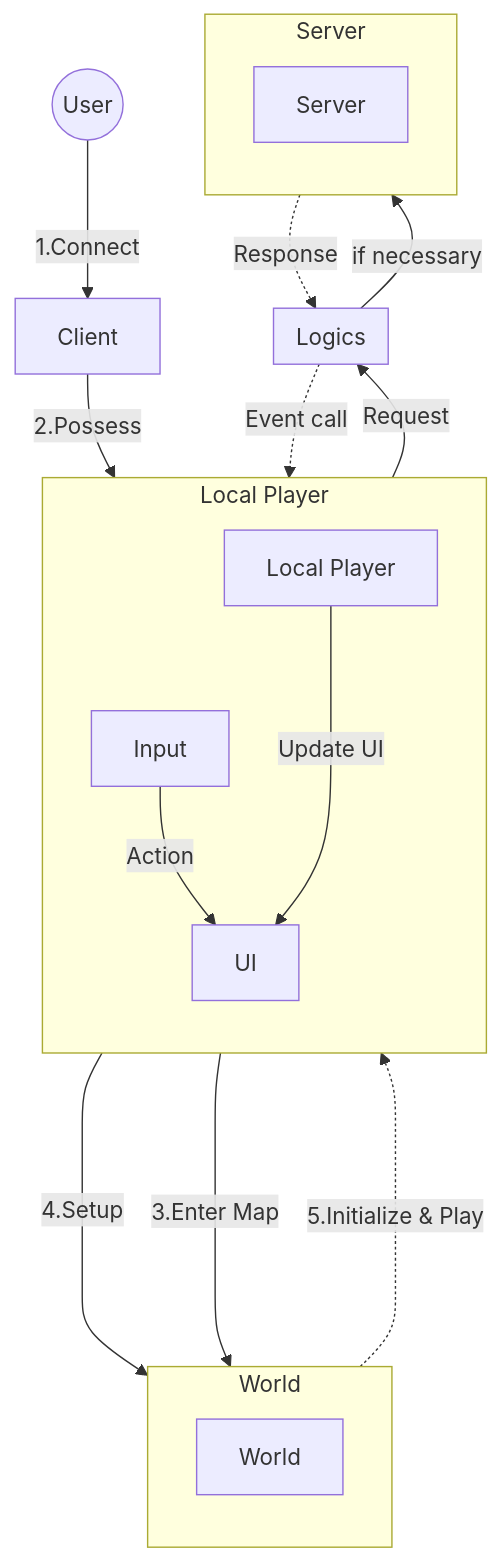
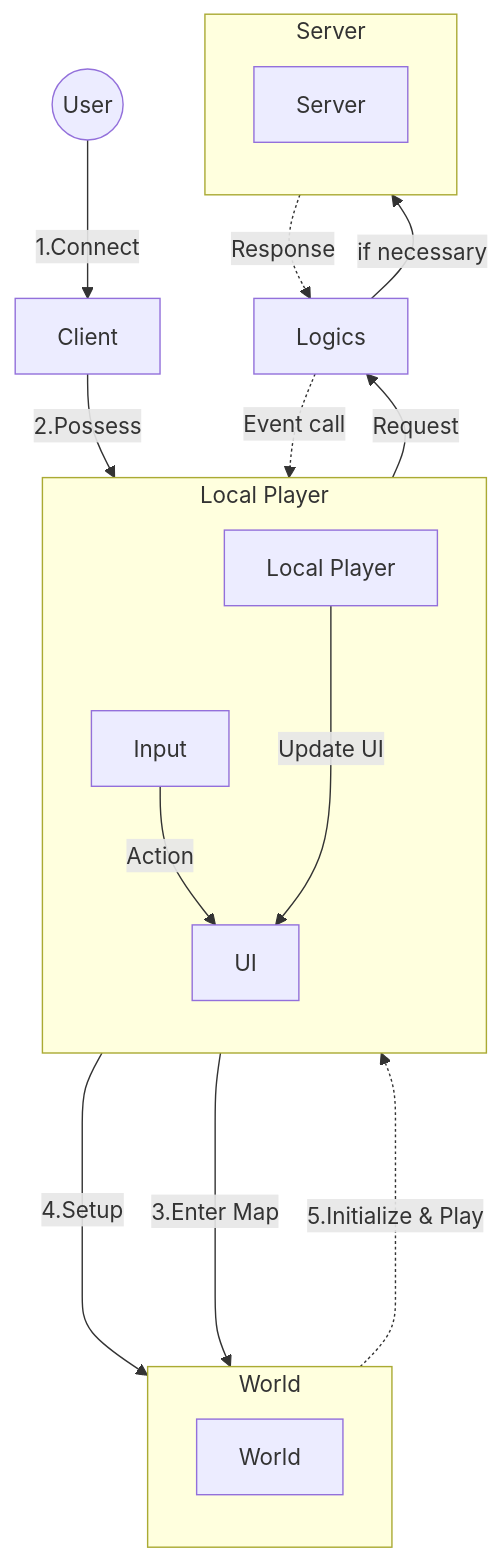
The diagram in README.md (dek0058/MScannot206), drawn with Mermaid before and after one commit.

Commit message:
readme 로직 수정

````diff
--- a/README.md
+++ b/README.md
@@ -21,40 +21,37 @@
 ```mermaid
 graph TD
     
     User((User)):::user
     Client[Client]:::client
     
     subgraph LocalPlayer_Area [Local Player]
         direction TB
         LocalPlayer[Local Player]:::localplayer
         Input[Input]:::input
         UI[UI]:::ui
     end
 
     subgraph World_Area [World]
         direction TB
         World[World]:::world
     end
 
-    subgraph Logics_Area [Logics]
-    end
-
     subgraph Server_Area [Server]
         direction TB
         Server[Server]:::server
     end
 
 
     User-->|1.Connect|Client
     Client-->|2.Possess|LocalPlayer
     LocalPlayer_Area----->|3.Enter Map|World_Area
     LocalPlayer-->|4.Setup|World
     World-.->|5.Initialize & Play|LocalPlayer_Area
     Input-->|Action|UI
-    UI-->|Request|Logics_Area
-    Logics_Area-->|if necessary|Server_Area
-    Server_Area-.->|Response|Logics_Area
-    Logics_Area-.->|Event call|LocalPlayer
+    UI-->|Request|Logics
+    Logics-->|if necessary|Server_Area
+    Server_Area-.->|Response|Logics
+    Logics-.->|Event call|LocalPlayer
     LocalPlayer--->|Update UI|UI
 
 ```
````
